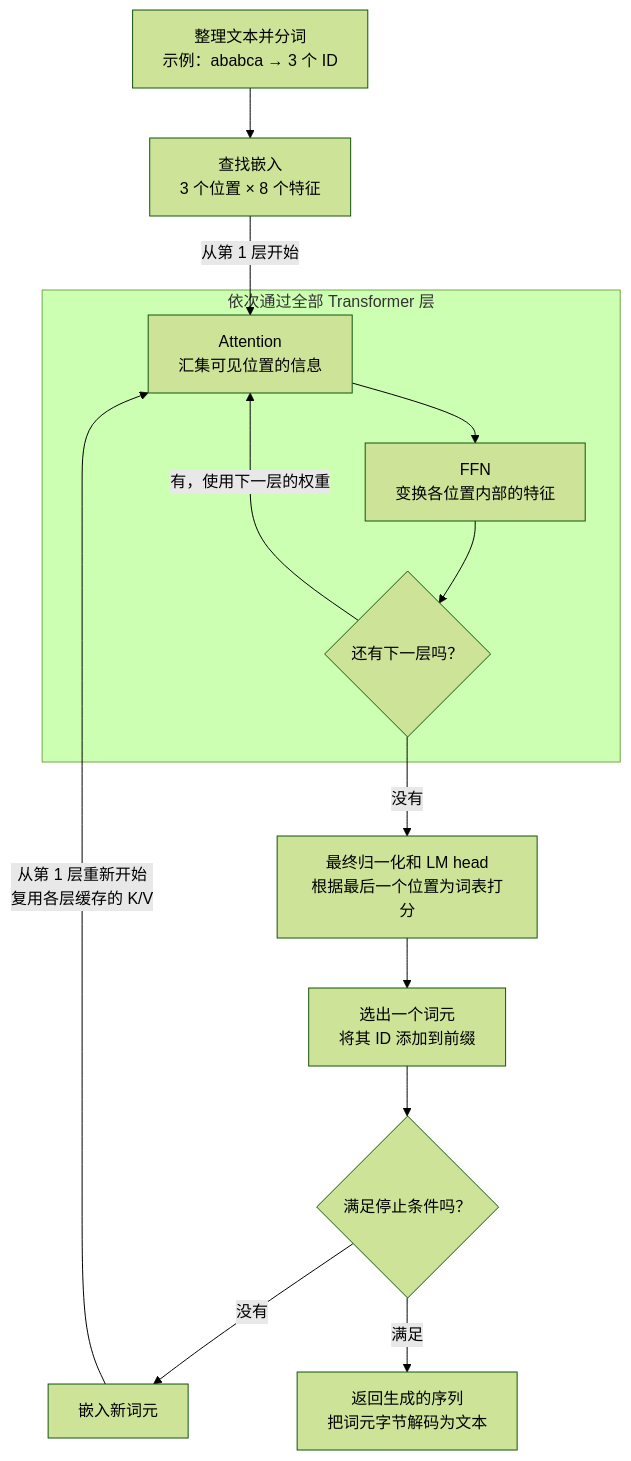
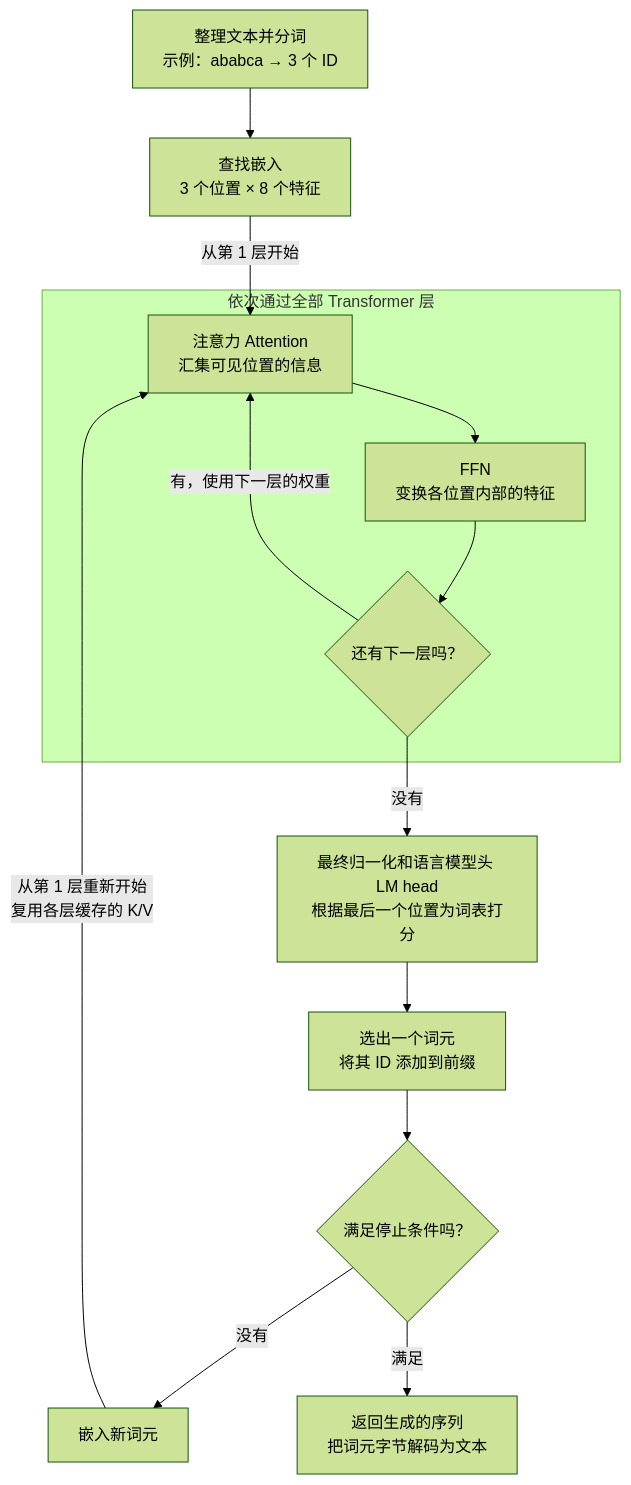
One commit to Negronii/MyNotes changed the second of 7 diagrams in review/generated/ai-engineering.md. Above: the diagram before and after it, drawn with Mermaid (forest theme). The commit also changed other lines of this file and 2 other files, not shown here.

```diff
--- a/review/generated/ai-engineering.md
+++ b/review/generated/ai-engineering.md
@@ -181,16 +113,16 @@
 ~~~mermaid
 flowchart TD
     Text["整理文本并分词<br/>示例：ababca → 3 个 ID"] --> E["查找嵌入<br/>3 个位置 × 8 个特征"]
     subgraph Pass["依次通过全部 Transformer 层"]
-        A["Attention<br/>汇集可见位置的信息"] --> F["FFN<br/>变换各位置内部的特征"]
+        A["注意力 Attention<br/>汇集可见位置的信息"] --> F["FFN<br/>变换各位置内部的特征"]
         F --> More{"还有下一层吗？"}
         More -->|有，使用下一层的权重| A
     end
     E -->|从第 1 层开始| A
-    More -->|没有| L["最终归一化和 LM head<br/>根据最后一个位置为词表打分"]
+    More -->|没有| L["最终归一化和语言模型头 LM head<br/>根据最后一个位置为词表打分"]
     L --> D["选出一个词元<br/>将其 ID 添加到前缀"]
     D --> Stop{"满足停止条件吗？"}
     Stop -->|没有| Next["嵌入新词元"]
     Next -->|从第 1 层重新开始<br/>复用各层缓存的 K/V| A
     Stop -->|满足| Out["返回生成的序列<br/>把词元字节解码为文本"]
 ~~~
```
